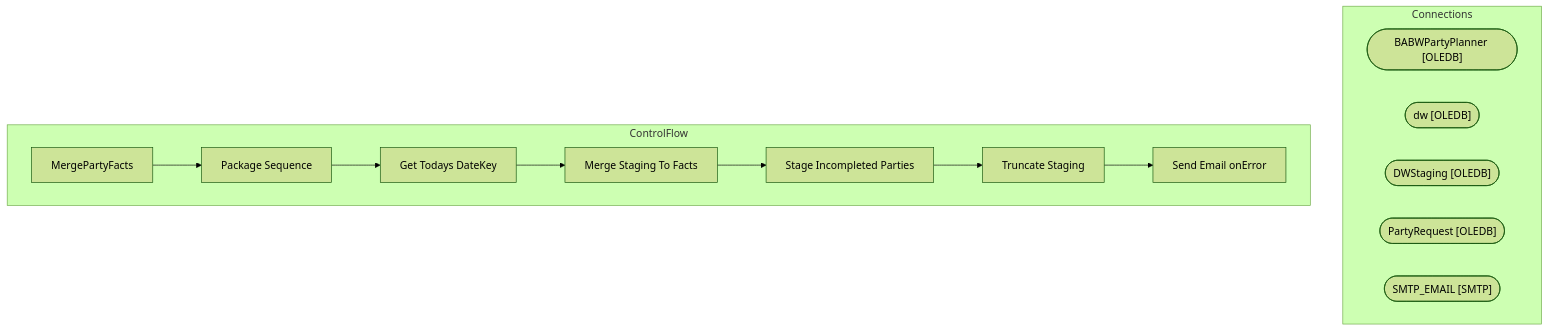
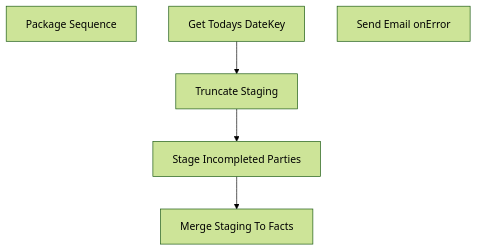
One commit to juanandresbrain/BABSkills changed the diagram in bab-docs-explorer/Documentation/STL-SSIS-P-01/SSIS/SSIS/PartyFacts.MergePartyFacts.md. Above: the diagram before and after it, drawn with Mermaid (forest theme). The commit also changed other lines of this file and 273 other files, not shown here.

````diff
--- a/bab-docs-explorer/Documentation/STL-SSIS-P-01/SSIS/SSIS/PartyFacts.MergePartyFacts.md
+++ b/bab-docs-explorer/Documentation/STL-SSIS-P-01/SSIS/SSIS/PartyFacts.MergePartyFacts.md
@@ -9,25 +42,12 @@
 ```mermaid
 flowchart TD
-    subgraph Connections
-        BABWPartyPlanner_conn(["BABWPartyPlanner [OLEDB]"])
-        dw_conn(["dw [OLEDB]"])
-        DWStaging_conn(["DWStaging [OLEDB]"])
-        PartyRequest_conn(["PartyRequest [OLEDB]"])
-        SMTP_EMAIL_conn(["SMTP_EMAIL [SMTP]"])
-    end
-    subgraph ControlFlow
-        MergePartyFacts_task["MergePartyFacts"]
-        Package_Sequence_task["Package Sequence"]
-        MergePartyFacts_task --> Package_Sequence_task
-        Get_Todays_DateKey_task["Get Todays DateKey"]
-        Package_Sequence_task --> Get_Todays_DateKey_task
-        Merge_Staging_To_Facts_task["Merge Staging To Facts"]
-        Get_Todays_DateKey_task --> Merge_Staging_To_Facts_task
-        Stage_Incompleted_Parties_task["Stage Incompleted Parties"]
-        Merge_Staging_To_Facts_task --> Stage_Incompleted_Parties_task
-        Truncate_Staging_task["Truncate Staging"]
-        Stage_Incompleted_Parties_task --> Truncate_Staging_task
-        Send_Email_onError_task["Send Email onError"]
-        Truncate_Staging_task --> Send_Email_onError_task
-    end
+    n_Package_Package_Sequence["Package Sequence"]
+    n_Package_Package_Sequence_Get_Todays_DateKey["Get Todays DateKey"]
+    n_Package_Package_Sequence_Merge_Staging_To_Facts["Merge Staging To Facts"]
+    n_Package_Package_Sequence_Stage_Incompleted_Parties["Stage Incompleted Parties"]
+    n_Package_Package_Sequence_Truncate_Staging["Truncate Staging"]
+    n_Package_EventHandlers_OnError__Send_Email_onError["Send Email onError"]
+    n_Package_Package_Sequence_Truncate_Staging --> n_Package_Package_Sequence_Stage_Incompleted_Parties
+    n_Package_Package_Sequence_Get_Todays_DateKey --> n_Package_Package_Sequence_Truncate_Staging
+    n_Package_Package_Sequence_Stage_Incompleted_Parties --> n_Package_Package_Sequence_Merge_Staging_To_Facts
 ```
````
